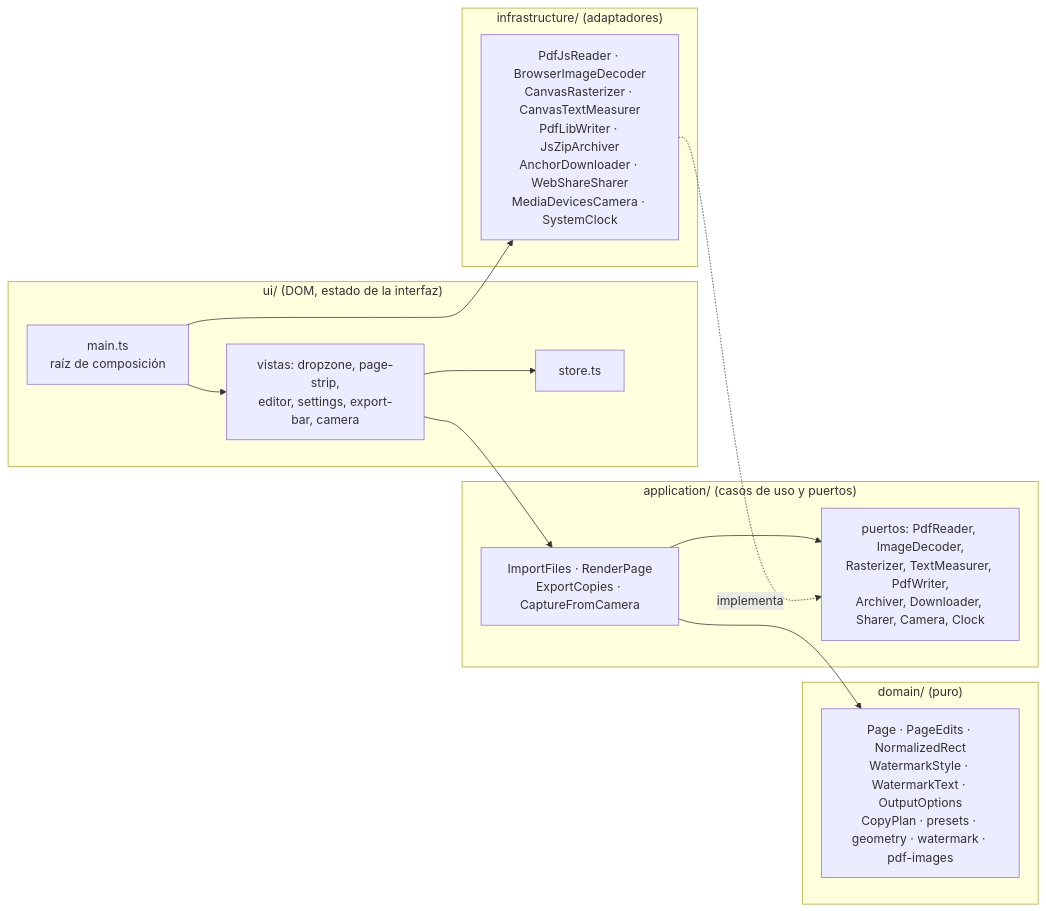
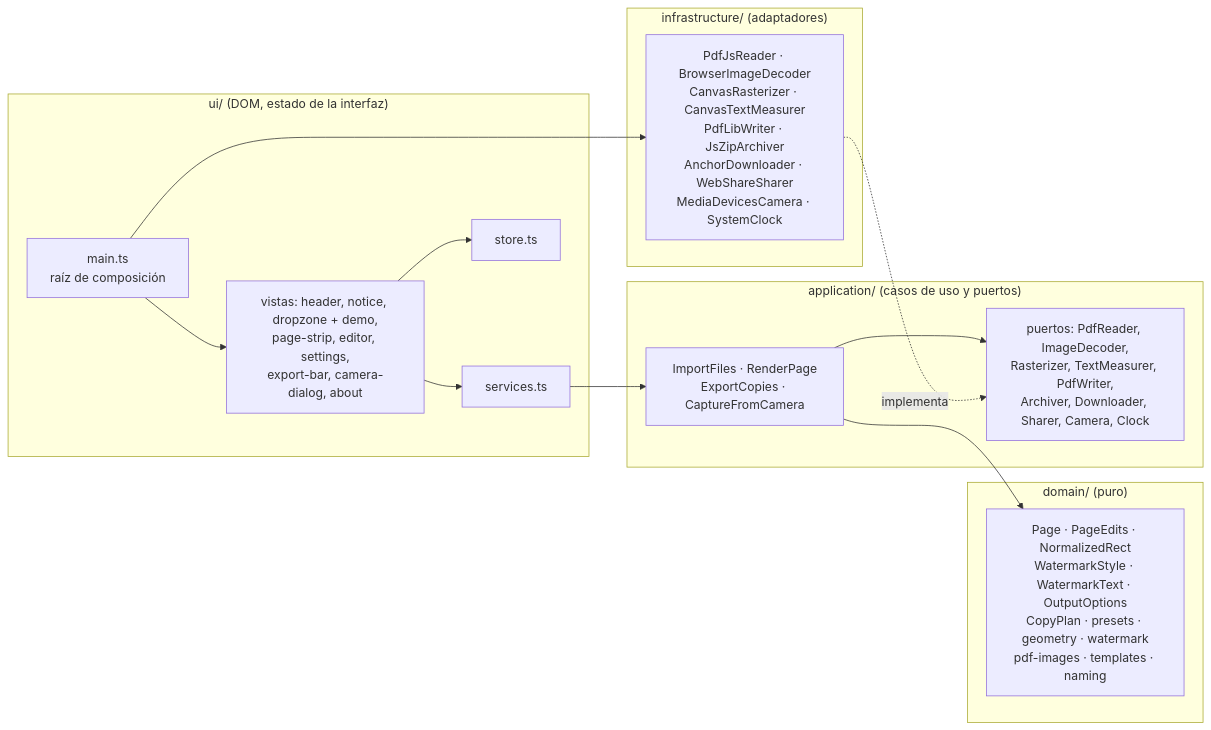
One commit to hbonavota/copia-segura changed the diagram in docs/arquitectura.md. Above: the diagram before and after it, drawn with Mermaid. The commit also changed other lines of this file and 15 other files, not shown here.

````diff
--- a/docs/arquitectura.md
+++ b/docs/arquitectura.md
@@ -7,24 +7,25 @@
 ```mermaid
 flowchart LR
   subgraph ui["ui/ (DOM, estado de la interfaz)"]
     Main["main.ts<br/>raíz de composición"]
-    Views["vistas: dropzone, page-strip,<br/>editor, settings, export-bar, camera"]
+    Views["vistas: header, notice, dropzone + demo,<br/>page-strip, editor, settings,<br/>export-bar, camera-dialog, about"]
+    Services["services.ts"]
     Store["store.ts"]
   end
   subgraph app["application/ (casos de uso y puertos)"]
     UC["ImportFiles · RenderPage<br/>ExportCopies · CaptureFromCamera"]
     Ports["puertos: PdfReader, ImageDecoder,<br/>Rasterizer, TextMeasurer, PdfWriter,<br/>Archiver, Downloader, Sharer, Camera, Clock"]
   end
   subgraph dom["domain/ (puro)"]
-    D["Page · PageEdits · NormalizedRect<br/>WatermarkStyle · WatermarkText · OutputOptions<br/>CopyPlan · presets · geometry · watermark · pdf-images"]
+    D["Page · PageEdits · NormalizedRect<br/>WatermarkStyle · WatermarkText · OutputOptions<br/>CopyPlan · presets · geometry · watermark<br/>pdf-images · templates · naming"]
   end
   subgraph infra["infrastructure/ (adaptadores)"]
     I["PdfJsReader · BrowserImageDecoder<br/>CanvasRasterizer · CanvasTextMeasurer<br/>PdfLibWriter · JsZipArchiver<br/>AnchorDownloader · WebShareSharer<br/>MediaDevicesCamera · SystemClock"]
   end
   Main --> Views --> Store
-  Views --> UC
+  Views --> Services --> UC
   UC --> Ports
   UC --> D
   I -. implementa .-> Ports
   Main --> I
 ```
````
